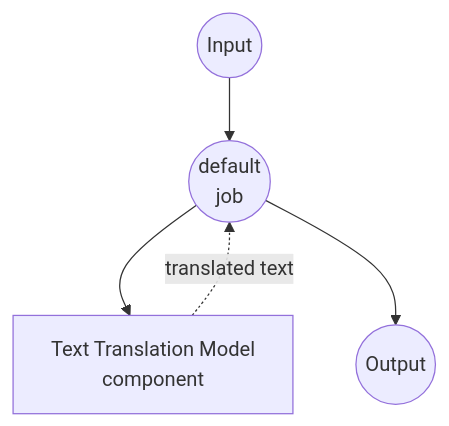
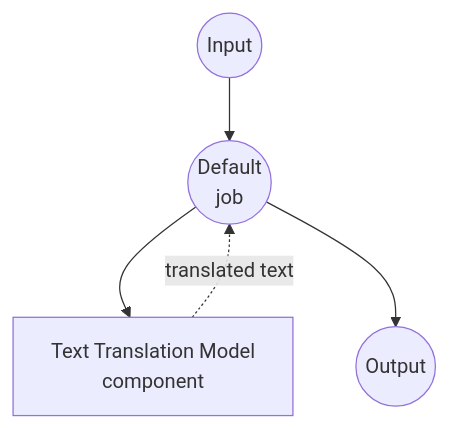
One commit to hanyeol/model-compose changed the diagram in examples/model-tasks/translation/README.md. Above: the diagram before and after it, drawn with Mermaid. The commit also changed other lines of this file and 30 other files, not shown here.

````diff
--- a/examples/model-tasks/translation/README.md
+++ b/examples/model-tasks/translation/README.md
@@ -111,16 +111,16 @@
 ```mermaid
 graph TD
     %% Default job (implicit)
-    J1((default<br/>job))
+    J1((Default<br/>job))
 
     %% Component
     C1[Text Translation Model<br/>component]
 
     %% Job to component connections (solid: invokes, dotted: returns)
     J1 --> C1
     C1 -.-> |translated text| J1
 
     %% Input/Output
     Input((Input)) --> J1
     J1 --> Output((Output))
 ```
````
